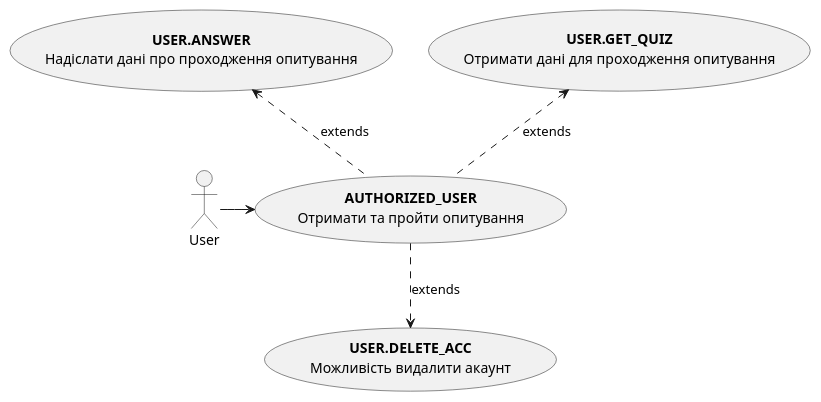
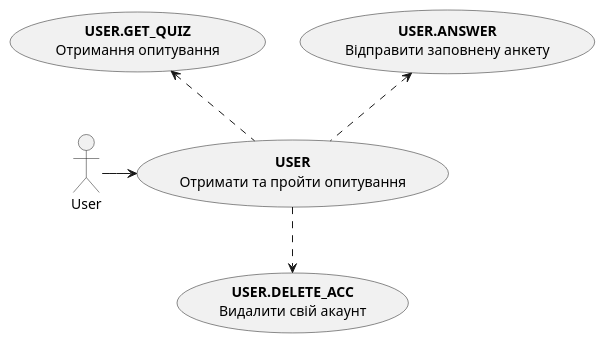
One commit to michigang1/ImForms changed the third of 4 diagrams in docs/use cases/README.md. Above: the diagram before and after it, drawn with PlantUML. The commit also changed other lines of this file, not shown here.

Commit message:
added some diagrams

```diff
--- a/docs/use cases/README.md
+++ b/docs/use cases/README.md
@@ -70,15 +41,15 @@
 @startuml
 actor User
 
-usecase "**AUTHORIZED_USER**\nОтримати та пройти опитування" as U
+usecase "<b>USER\nОтримати та пройти опитування" as U
+
+usecase "<b>USER.ANSWER\nВідправити заповнену анкету" as UA
+usecase "<b>USER.GET_QUIZ\nОтримання опитування" as UG
+usecase "<b>USER.DELETE_ACC\nВидалити свій акаунт" as UD
 
 User -r-> U
 
-usecase "**USER.GET_QUIZ**\nОтримати дані для проходження опитування" as GET
-usecase "**USER.ANSWER**\nНадіслати дані про проходження опитування" as SEND
-usecase "**USER.DELETE_ACC**\nМожливість видалити акаунт" as GET_REVIEW
-
-U .u.> GET : extends
-U .u.> SEND : extends
-U .d.> GET_REVIEW : extends
+U .u.> UA
+U .u.> UG
+U .d.> UD
 @enduml
```
